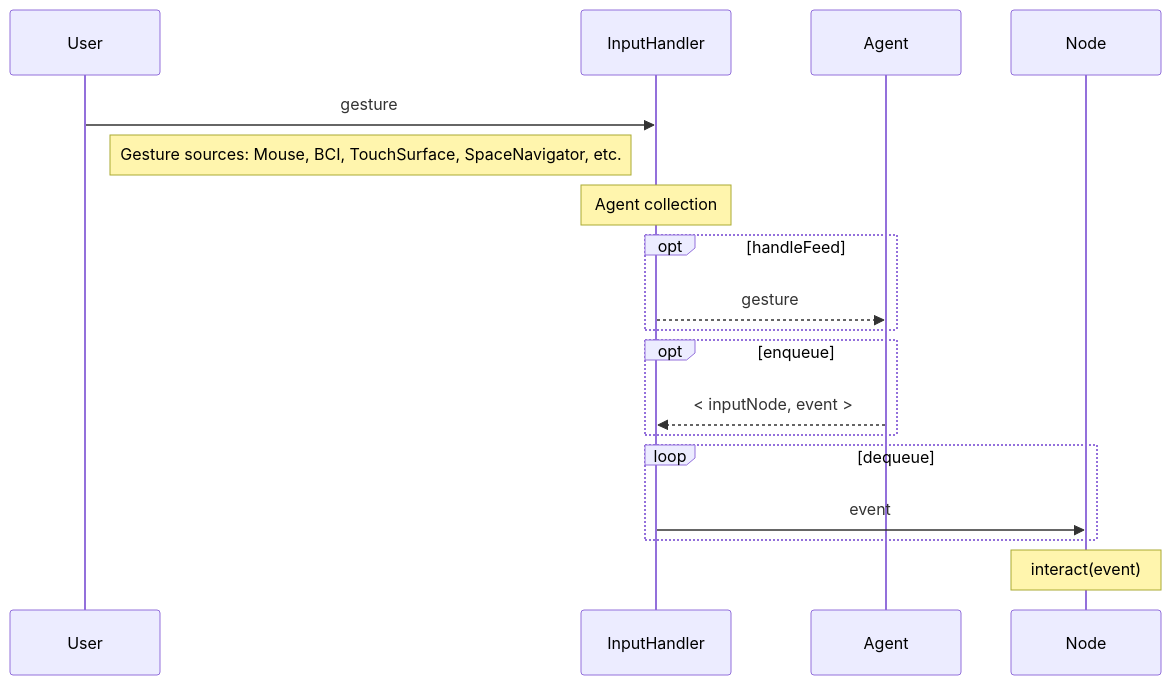
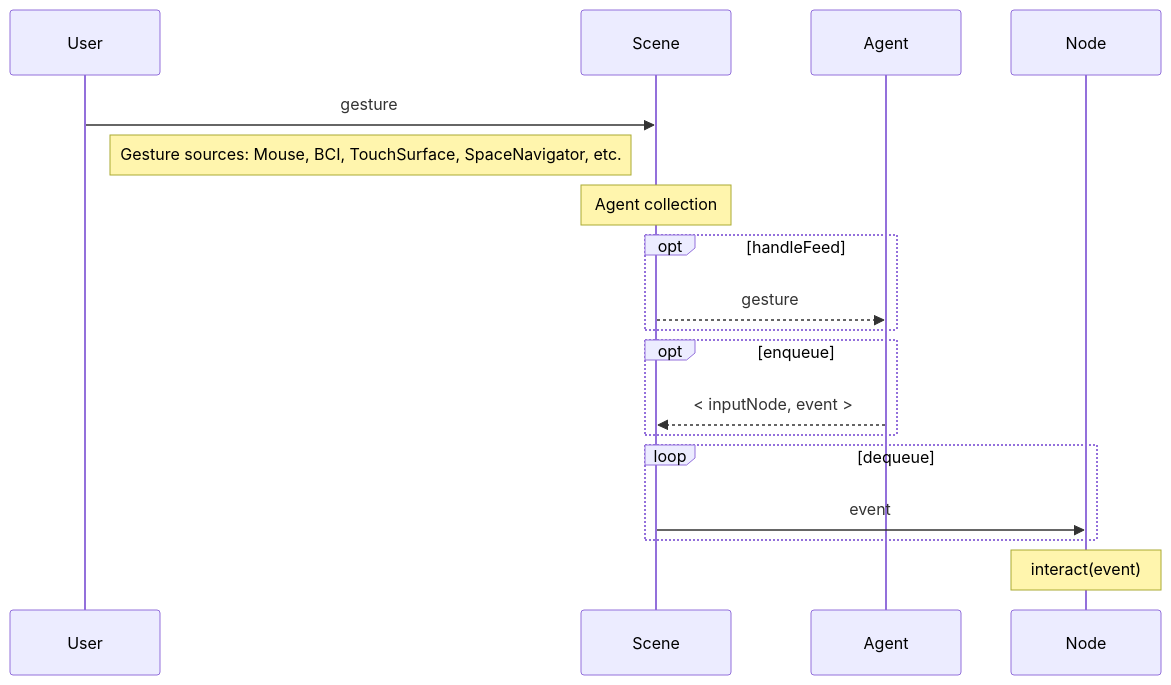
Before and after one commit to VisualComputing/Interaction: the diagram in fig/arch2b.mermaid, drawn with Mermaid. The commit also changed 6 other files, not shown here.

```diff
--- a/fig/arch2b.mermaid
+++ b/fig/arch2b.mermaid
@@ -1,16 +1,16 @@
 sequenceDiagram
-    User->>InputHandler: gesture
+    User->>Scene: gesture
     Note right of User: Gesture sources: Mouse, BCI, TouchSurface, SpaceNavigator, etc.
-    Note over InputHandler: Agent collection
+    Note over Scene: Agent collection
     opt handleFeed
-        InputHandler-->>Agent: gesture
+        Scene-->>Agent: gesture
     end
     opt enqueue
-        Agent-->>InputHandler: < inputNode, event >
+        Agent-->>Scene: < inputNode, event >
     end
     loop dequeue
-      InputHandler->>Node: event
+      Scene->>Node: event
     end
     Note over Node: interact(event)
 
-    %%Note over InputHandler: Agent collection
+    %%Note over Scene: Agent collection
```
